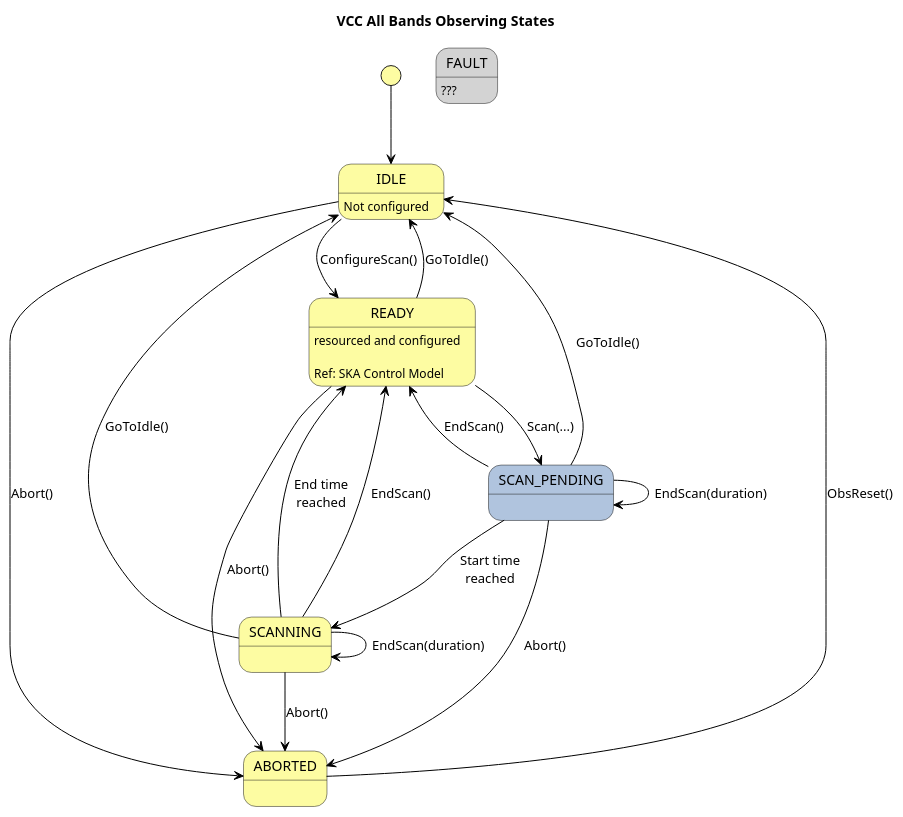
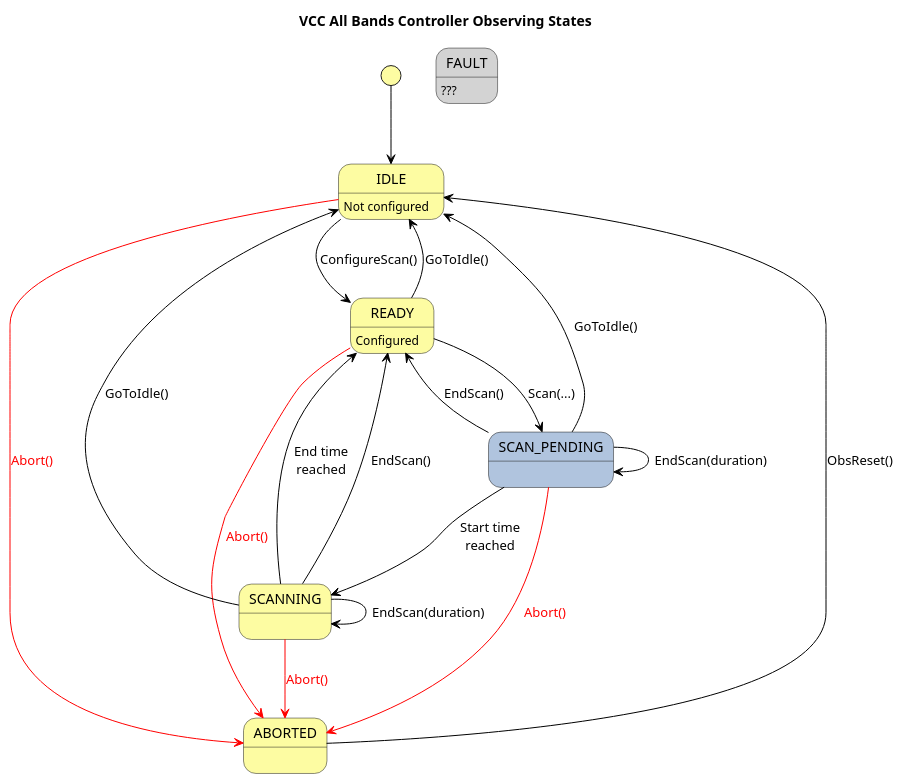
Before and after one commit to ska-telescope/ska-mid-cbf-fhs-vcc: the diagram in docs/src/design/states.puml, drawn with PlantUML. The commit also changed 1 other file, not shown here.

Commit message:
CIP-5383: clean up VCC all bands state diagram.

```diff
--- a/docs/src/design/states.puml
+++ b/docs/src/design/states.puml
@@ -1,65 +1,67 @@
-@startuml
+@startuml vcc-all-bands-controller-states
 
 ' !theme crt-green
 
 <style>
+stateDiagram {
   element {
     BackGroundColor: #fdfca2;
   }
 
   arrow {
     LineColor: #Black;
     FontColor: #Black;
   }
+}
 </style>
 
-title VCC All Bands Observing States
+title VCC All Bands Controller Observing States
 
 ' Ref ska-mid-cbf-fhs-common/src/ska_mid_cbf_fhs_common/enums/fhs_state.py:
 ' https://developer.skao.int/projects/ska-control-model/en/latest/obs_state.html
 
 ' EMPTY: the subarray is unresourced
 ' RESOURCING: the subarray is performing a resourcing operation
 ' IDLE: the subarray is resourced but unconfigured
 ' CONFIGURING: the subarray is performing a configuring operation
 ' READY: the subarray is resourced and configured
 ' SCANNING: the subarray is scanning
 ' ABORTING: the subarray is aborting
 ' ABORTED: the subarray has aborted
 ' RESETTING: the subarray is resetting from an ABORTED or FAULT state back to IDLE
 ' RESTARTING: the subarray is restarting from an ABORTED or FAULT state back to EMPTY
 ' FAULT: the subarray has encountered a observation fault.
 
 ' IDLE, READY, SCANNING, ABORTED, FAULT
 
 state IDLE: Not configured
-state READY: resourced and configured\n\nRef: SKA Control Model
+state READY: Configured
 state SCANNING: 
 state SCAN_PENDING #LightSteelBlue:
 state ABORTED:
 state FAULT #LightGray: ???
 
-[*]           -->     IDLE
-IDLE          -->     READY : ConfigureScan()
-IDLE          -->     ABORTED : Abort()
+[*]           -->         IDLE
+IDLE          -->         READY : ConfigureScan()
+IDLE          -[#red]->   ABORTED : <color:red>Abort()</color>
 
-READY         -->     SCAN_PENDING : Scan(...)
-READY         -->     IDLE : GoToIdle()
-READY         -->     ABORTED : Abort()
+READY         -->         SCAN_PENDING : Scan(...)
+READY         -->         IDLE : GoToIdle()
+READY         -[#red]->   ABORTED : <color:red>Abort()</color>
 
-SCAN_PENDING  -->     SCANNING : Start time\nreached
-SCAN_PENDING  -->     IDLE : GoToIdle()
-SCAN_PENDING  -->     READY : EndScan()
-SCAN_PENDING  -->     SCAN_PENDING : EndScan(duration)
-SCAN_PENDING  -->     ABORTED : Abort()
+SCAN_PENDING  -->         SCANNING : Start time\nreached
+SCAN_PENDING  -->         IDLE : GoToIdle()
+SCAN_PENDING  -->         READY : EndScan()
+SCAN_PENDING  -->         SCAN_PENDING : EndScan(duration)
+SCAN_PENDING  -[#red]->   ABORTED : <color:red>Abort()</color>
 
-SCANNING      -->     READY : End time\nreached
-SCANNING      -->     IDLE : GoToIdle()
-SCANNING      -->     READY : EndScan()
-SCANNING      -->     SCANNING : EndScan(duration)
-SCANNING      -->     ABORTED : Abort()
+SCANNING      -->         READY : End time\nreached
+SCANNING      -->         IDLE : GoToIdle()
+SCANNING      -->         READY : EndScan()
+SCANNING      -->         SCANNING : EndScan(duration)
+SCANNING      -[#red]->   ABORTED : <color:red>Abort()</color>
 
-ABORTED       -->     IDLE : ObsReset()
+ABORTED       -->         IDLE : ObsReset()
 
 
 @enduml
```
